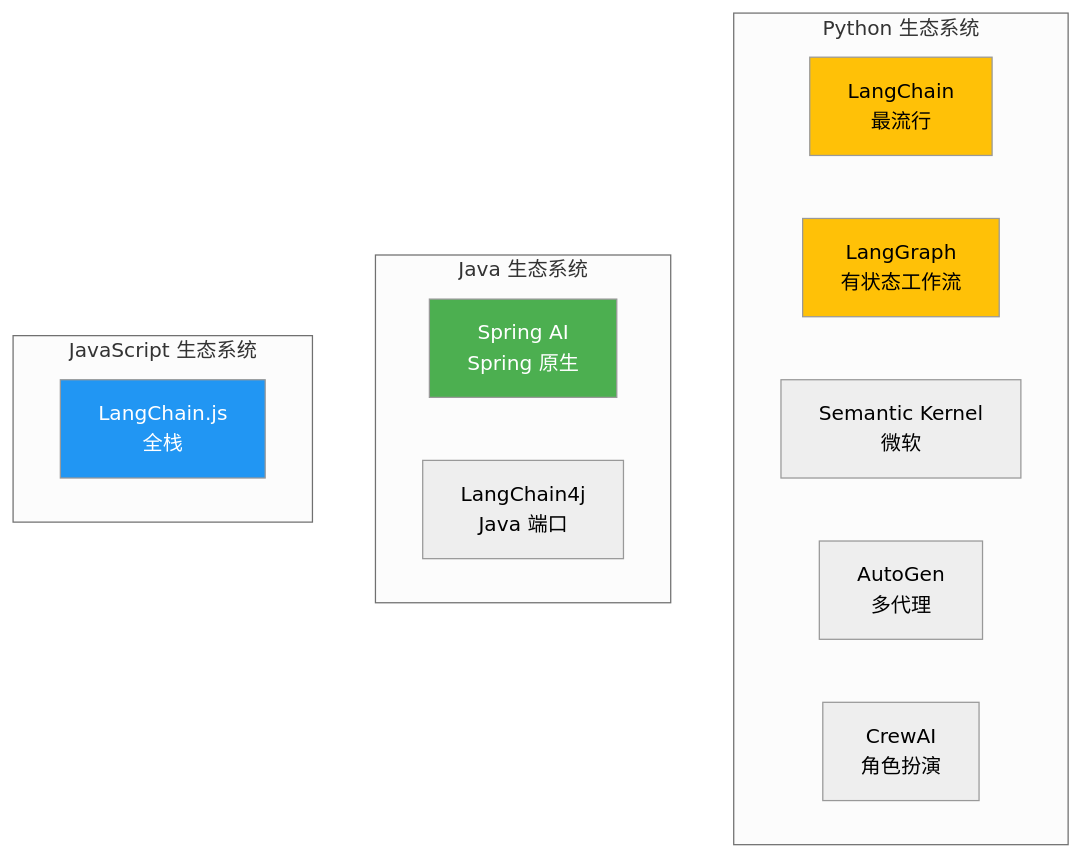
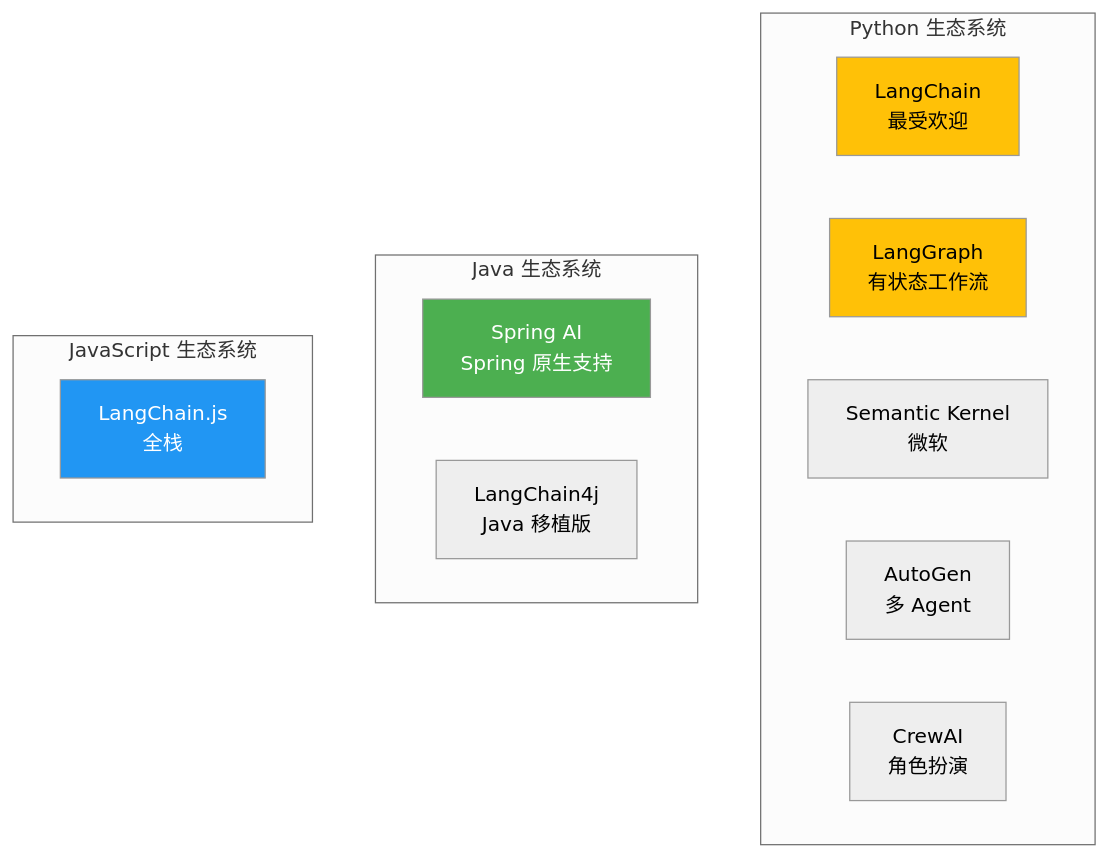
One commit to YiWang24/AiDIY changed the first of 2 diagrams in i18n/zh-Hans/docusaurus-plugin-content-docs/current/ai/agents/frameworks.mdx. Above: the diagram before and after it, drawn with Mermaid (neutral theme). The commit also changed other lines of this file and 59 other files, not shown here.

````diff
--- a/i18n/zh-Hans/docusaurus-plugin-content-docs/current/ai/agents/frameworks.mdx
+++ b/i18n/zh-Hans/docusaurus-plugin-content-docs/current/ai/agents/frameworks.mdx
@@ -18,24 +18,24 @@
 ```mermaid
 graph TB
     subgraph Python["Python 生态系统"]
-        LC[LangChain<br/>最流行]
+        LC[LangChain<br/>最受欢迎]
         LG[LangGraph<br/>有状态工作流]
         SK[Semantic Kernel<br/>微软]
-        AG[AutoGen<br/>多代理]
+        AG[AutoGen<br/>多 Agent]
         CR[CrewAI<br/>角色扮演]
     end
 
     subgraph Java["Java 生态系统"]
-        SA[Spring AI<br/>Spring 原生]
-        LA[LangChain4j<br/>Java 端口]
+        SA[Spring AI<br/>Spring 原生支持]
+        LA[LangChain4j<br/>Java 移植版]
     end
 
     subgraph JS["JavaScript 生态系统"]
         LSC[LangChain.js<br/>全栈]
     end
 
     style SA fill:#4caf50,color:#fff
     style LC fill:#ffc107
     style LG fill:#ffc107
     style LSC fill:#2196f3,color:#fff
 ```
````
